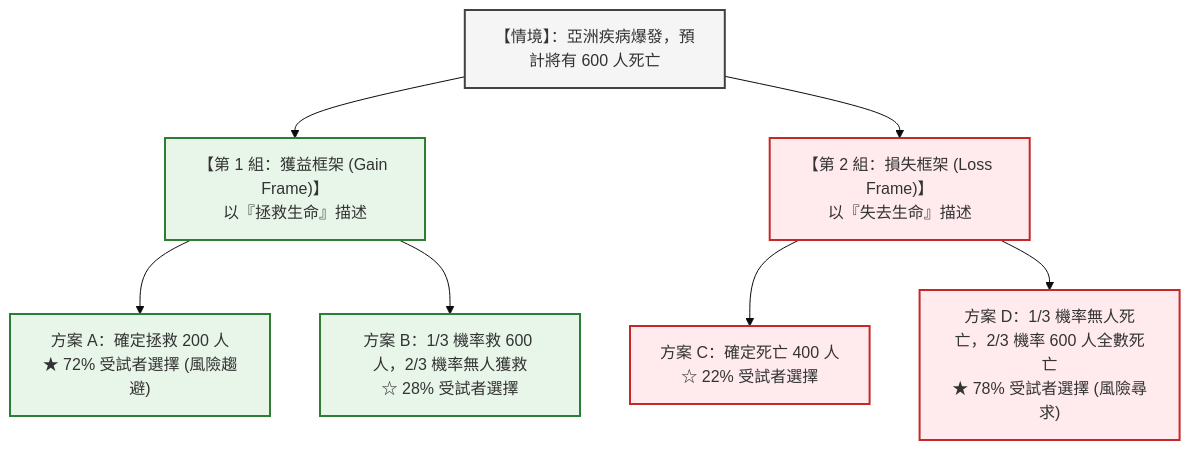
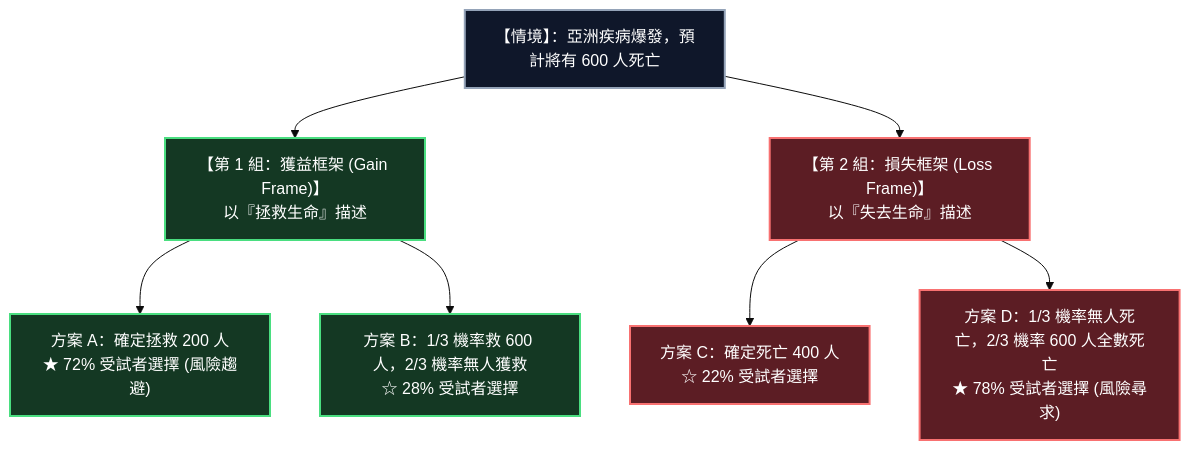
One commit to Jimlin0428/my-digital-garden changed the first of 3 diagrams in src/site/notes/98_商業概念庫/framing-effect_框架效應.md. Above: the diagram before and after it, drawn with Mermaid (base theme). The commit also changed other lines of this file and 6 other files, not shown here.

````diff
--- a/src/site/notes/98_商業概念庫/framing-effect_框架效應.md
+++ b/src/site/notes/98_商業概念庫/framing-effect_框架效應.md
@@ -28,17 +28,17 @@
 ```mermaid
 flowchart TD
-    classDef gain fill:#e8f5e9,stroke:#2e7d32,stroke-width:2px;
-    classDef loss fill:#ffebee,stroke:#c62828,stroke-width:2px;
-    classDef base fill:#f5f5f5,stroke:#424242,stroke-width:2px;
+    classDef base fill:#0f172a,stroke:#94a3b8,stroke-width:2px,color:#ffffff;
+    classDef gain fill:#143823,stroke:#4ade80,stroke-width:2px,color:#ffffff;
+    classDef loss fill:#5c1d24,stroke:#f87171,stroke-width:2px,color:#ffffff;
 
     Problem["【情境】：亞洲疾病爆發，預計將有 600 人死亡"]:::base
 
     Problem --> Group1["【第 1 組：獲益框架 (Gain Frame)】<br/>以『拯救生命』描述"]:::gain
     Problem --> Group2["【第 2 組：損失框架 (Loss Frame)】<br/>以『失去生命』描述"]:::loss
 
     Group1 --> OptA["方案 A：確定拯救 200 人<br/>★ 72% 受試者選擇 (風險趨避)"]:::gain
     Group1 --> OptB["方案 B：1/3 機率救 600 人，2/3 機率無人獲救<br/>☆ 28% 受試者選擇"]:::gain
 
     Group2 --> OptC["方案 C：確定死亡 400 人<br/>☆ 22% 受試者選擇"]:::loss
     Group2 --> OptD["方案 D：1/3 機率無人死亡，2/3 機率 600 人全數死亡<br/>★ 78% 受試者選擇 (風險尋求)"]:::loss
 ```
````
